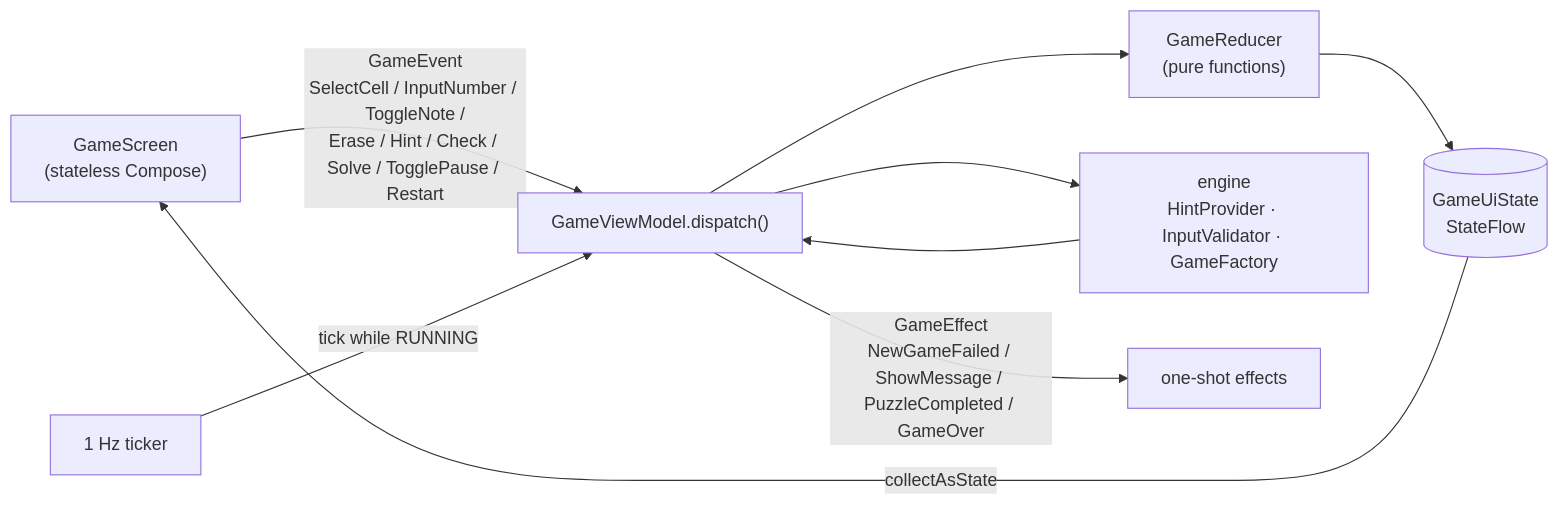
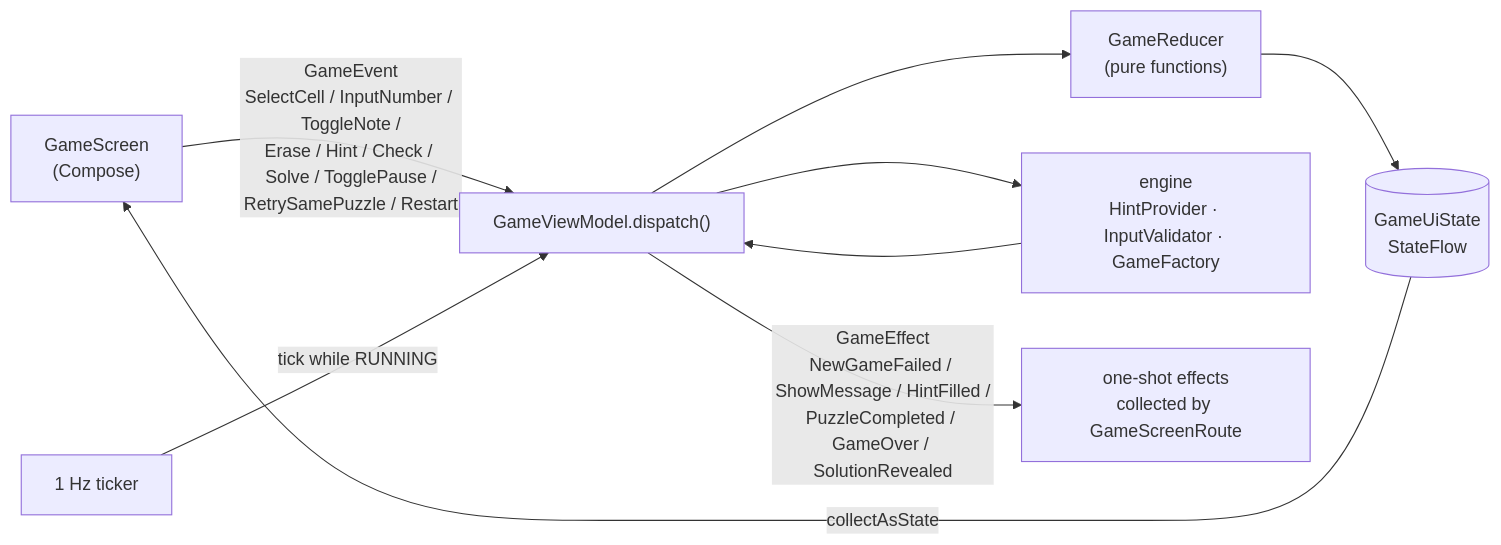
Before and after one commit to Lewis-Luo-Li/mind-game: the third of 5 diagrams in README.md, drawn with Mermaid. The commit also changed other lines of this file and 17 other files, not shown here.

First line of the commit message:
Add game outcomes, finite hints, same-puzzle retry and effect messages (#8)

````diff
--- a/README.md
+++ b/README.md
@@ -173,11 +173,11 @@
 ```mermaid
 flowchart LR
-    UI["GameScreen<br/>(stateless Compose)"] -- "GameEvent<br/>SelectCell / InputNumber / ToggleNote /<br/>Erase / Hint / Check / Solve / TogglePause / Restart" --> VM["GameViewModel.dispatch()"]
+    UI["GameScreen<br/>(Compose)"] -- "GameEvent<br/>SelectCell / InputNumber / ToggleNote /<br/>Erase / Hint / Check / Solve / TogglePause /<br/>RetrySamePuzzle / Restart" --> VM["GameViewModel.dispatch()"]
     VM --> R["GameReducer<br/>(pure functions)"]
     VM --> E["engine<br/>HintProvider · InputValidator · GameFactory"]
     R --> S[("GameUiState<br/>StateFlow")]
     E --> VM
     T["1 Hz ticker"] -- "tick while RUNNING" --> VM
     S -- "collectAsState" --> UI
-    VM -- "GameEffect<br/>NewGameFailed / ShowMessage / PuzzleCompleted / GameOver" --> FX["one-shot effects"]
+    VM -- "GameEffect<br/>NewGameFailed / ShowMessage / HintFilled /<br/>PuzzleCompleted / GameOver / SolutionRevealed" --> FX["one-shot effects<br/>collected by GameScreenRoute"]
 ```
````
